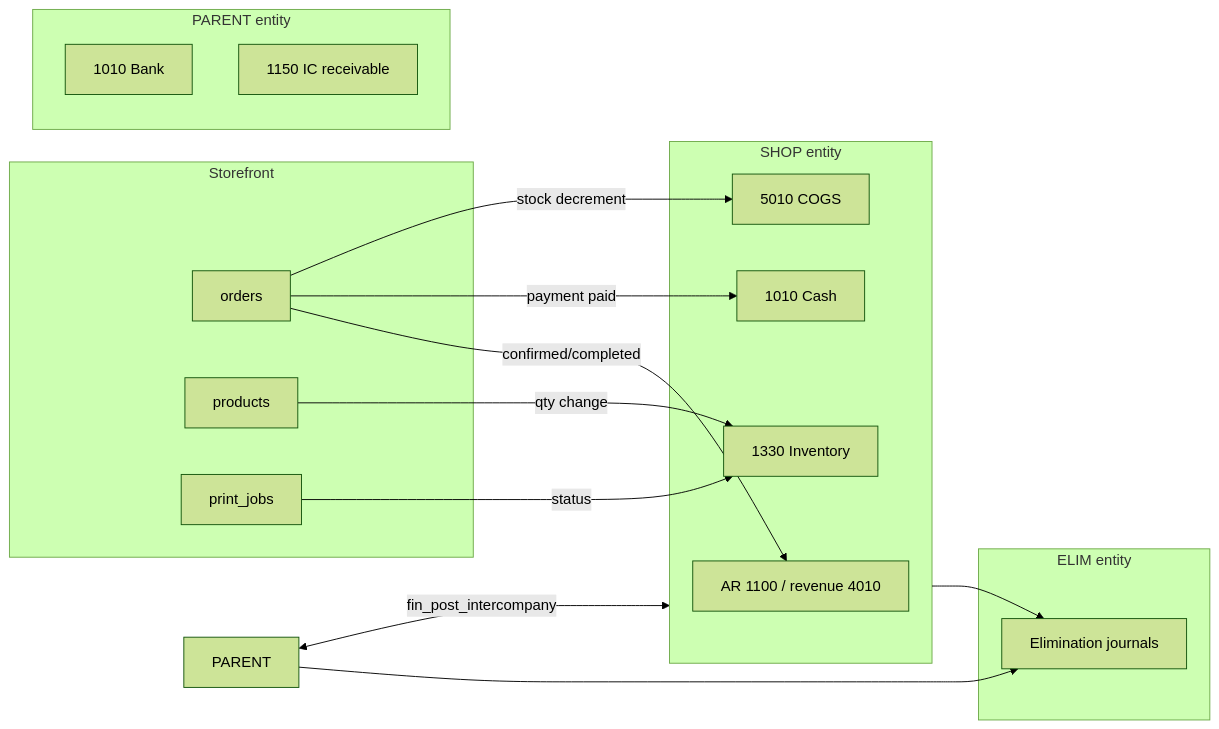
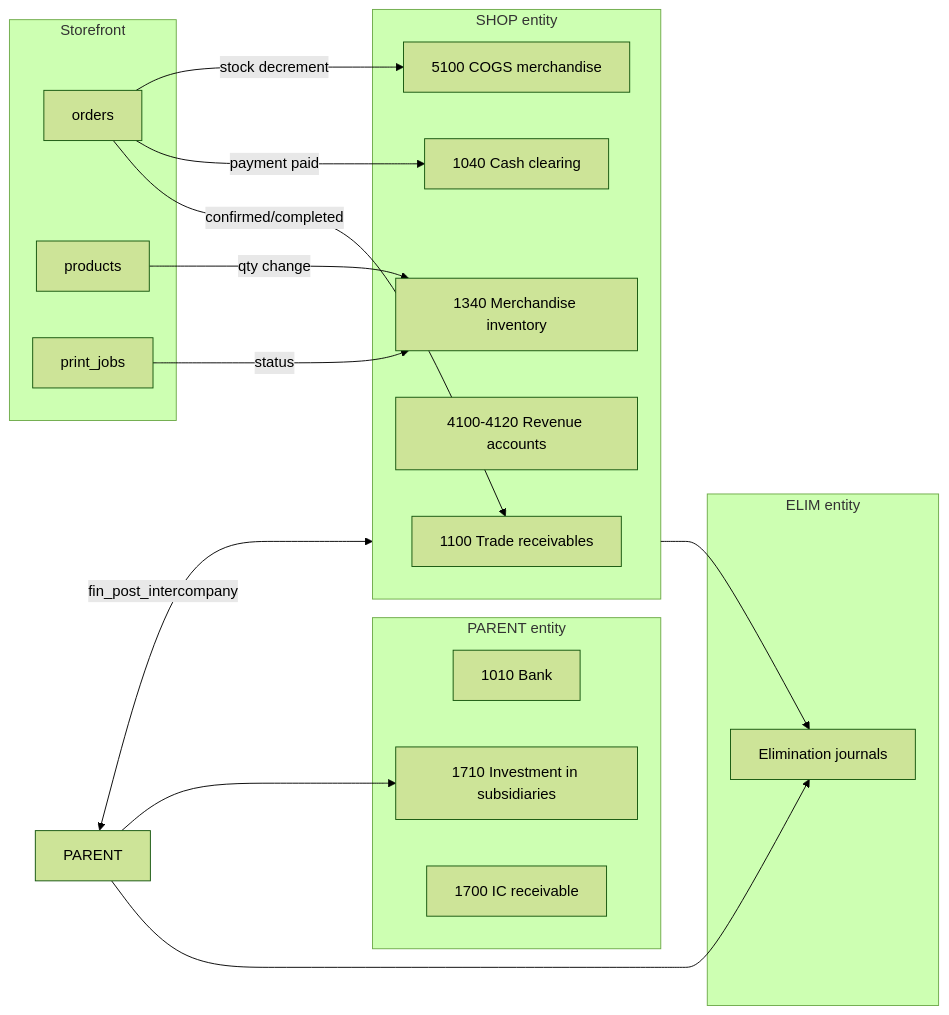
One commit to Dalmus123/knight-watts-auto-parts changed the diagram in FINANCE.md. Above: the diagram before and after it, drawn with Mermaid (forest theme). The commit also changed other lines of this file and 3 other files, not shown here.

First line of the commit message:
Align finance admin UI with fin_* schemas and strengthen report RPCs

````diff
--- a/FINANCE.md
+++ b/FINANCE.md
@@ -7,29 +7,32 @@
 ```mermaid
 flowchart LR
   subgraph storefront [Storefront]
     Orders[orders]
     Products[products]
     PrintJobs[print_jobs]
   end
   subgraph shop [SHOP entity]
-    AR[AR 1100 / revenue 4010]
-    Bank[1010 Cash]
-    Inv[1330 Inventory]
-    COGS[5010 COGS]
+    AR[1100 Trade receivables]
+    Clear[1040 Cash clearing]
+    Inv[1340 Merchandise inventory]
+    Rev[4100-4120 Revenue accounts]
+    COGS[5100 COGS merchandise]
   end
   subgraph parent [PARENT entity]
     BankP[1010 Bank]
-    ICRec[1150 IC receivable]
+    InvSub[1710 Investment in subsidiaries]
+    IC[1700 IC receivable]
   end
   subgraph elim [ELIM entity]
     ElimJ[Elimination journals]
   end
   Orders -->|confirmed/completed| AR
-  Orders -->|payment paid| Bank
+  Orders -->|payment paid| Clear
   Orders -->|stock decrement| COGS
   Products -->|qty change| Inv
   PrintJobs -->|status| Inv
   PARENT <-->|fin_post_intercompany| shop
   PARENT --> ElimJ
   shop --> ElimJ
+  PARENT --> InvSub
 ```
````
